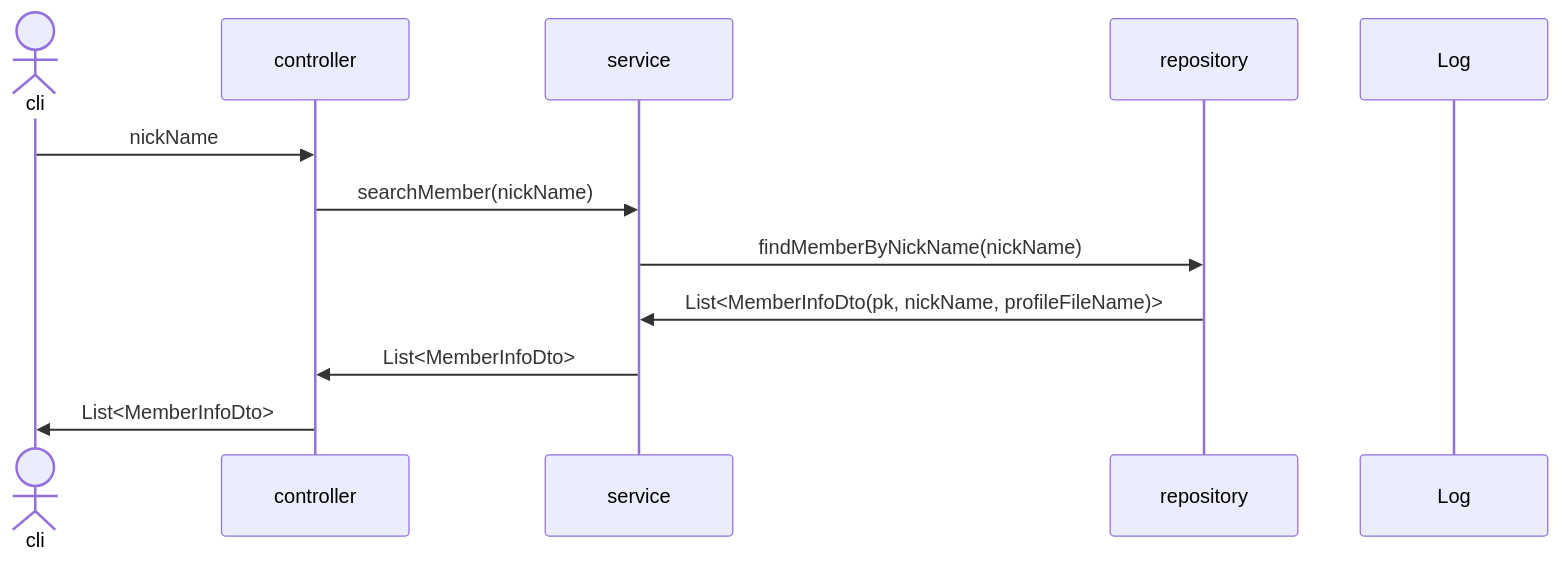
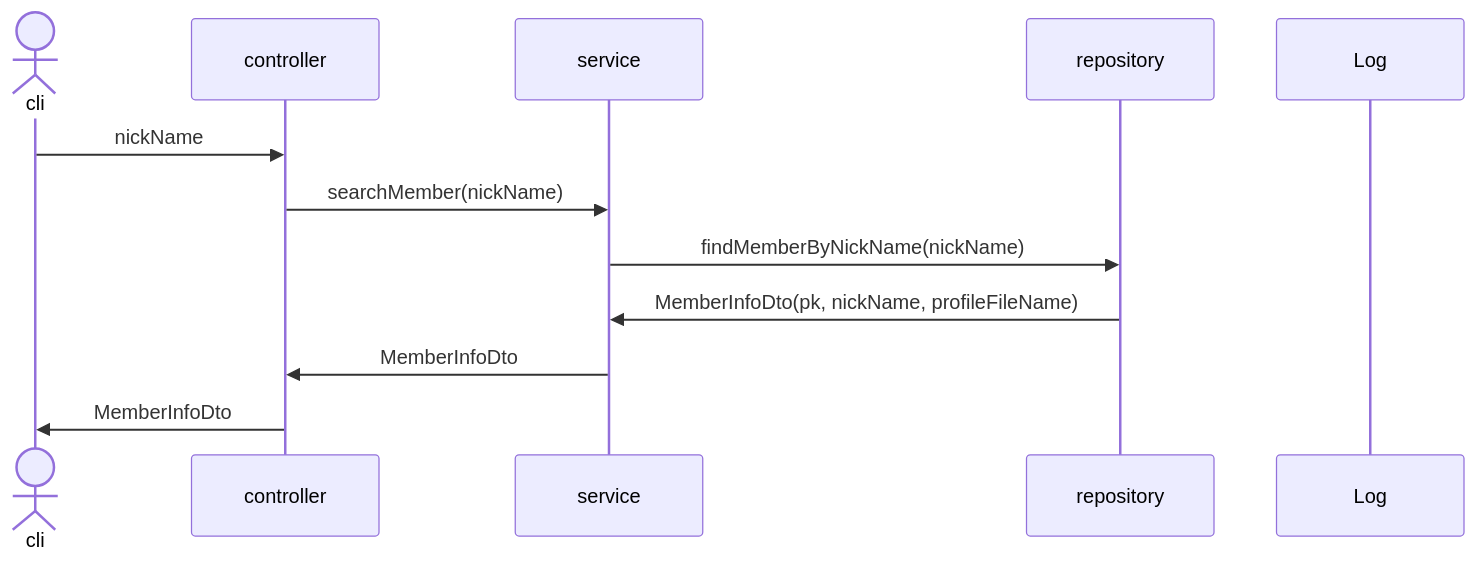
Diagram 12 of 31 in sequence.md (mtak0235/snsX), drawn with Mermaid before and after one commit.

Commit message:
update searchMember sequence diagram

````diff
--- a/sequence.md
+++ b/sequence.md
@@ -254,15 +254,15 @@
 ```mermaid
 sequenceDiagram
 actor cli
 participant c as controller
 participant s as service
 participant r as repository
 participant l as Log
 
 cli->>c: nickName
 c->>s: searchMember(nickName)
 s->>r: findMemberByNickName(nickName)
-r->>s: List<MemberInfoDto(pk, nickName, profileFileName)>
-s->>c: List<MemberInfoDto>
-c->>cli: List<MemberInfoDto>
+r->>s: MemberInfoDto(pk, nickName, profileFileName)
+s->>c: MemberInfoDto
+c->>cli: MemberInfoDto
 ```
````
